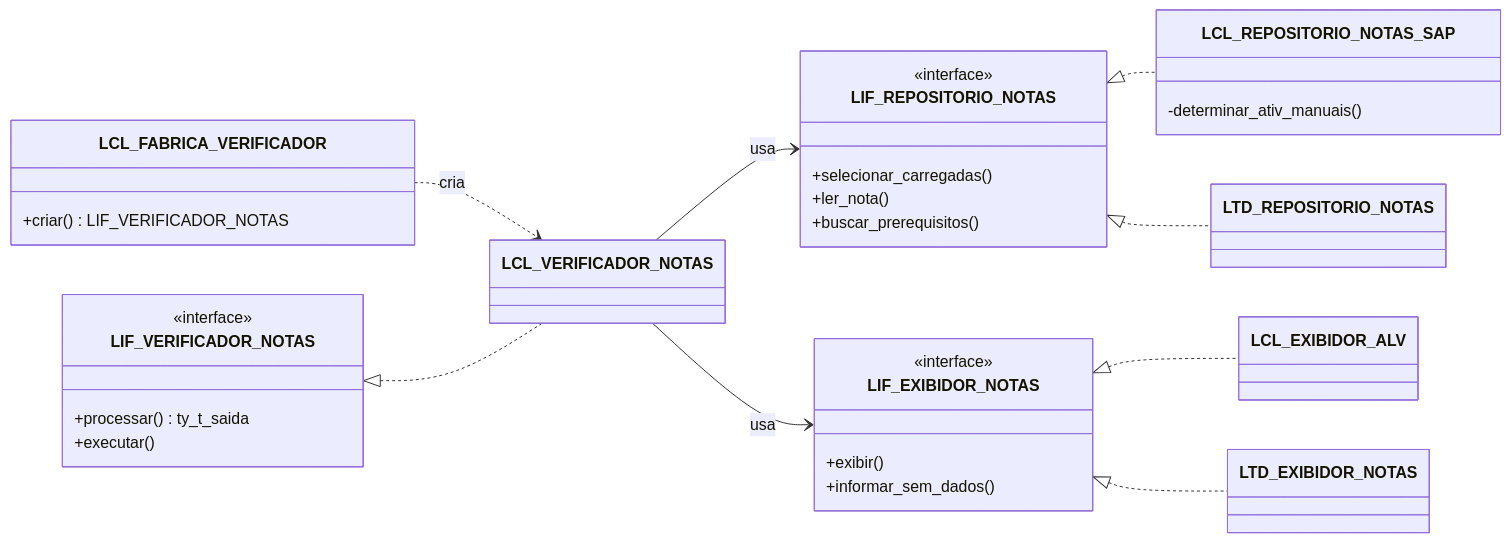
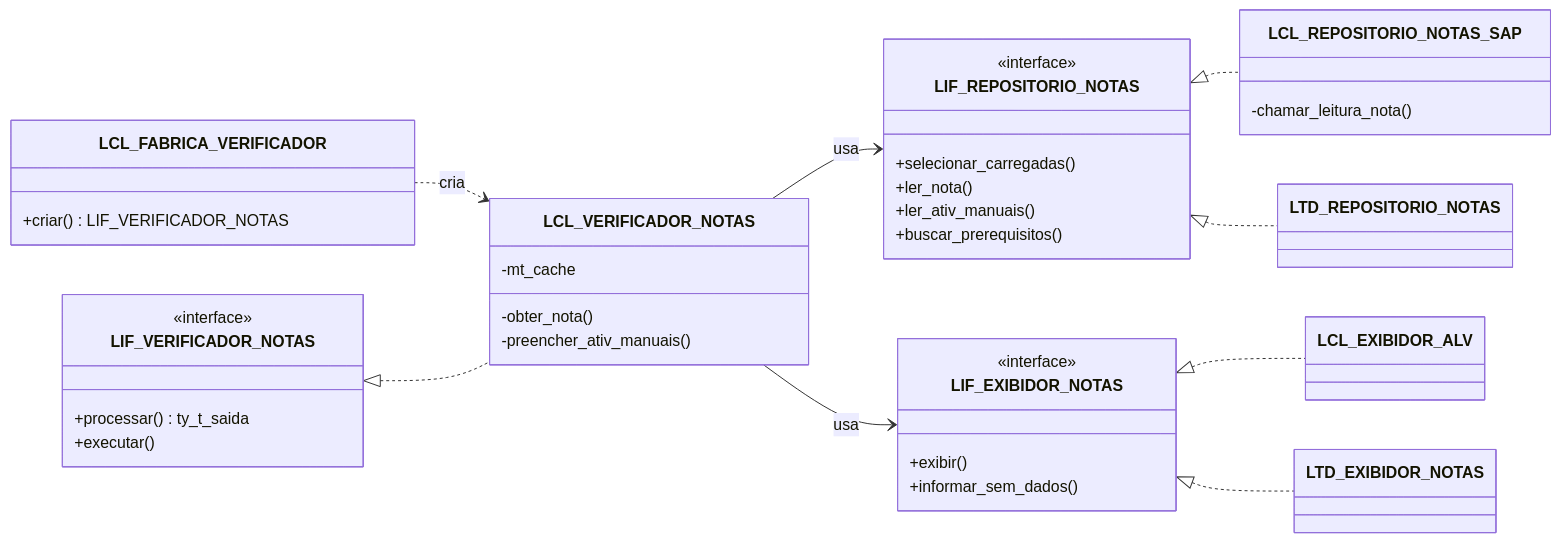
Before and after one commit to JoaoFerrareis02/Projeto-Verificador-Notas-SAP: the first of 4 diagrams in README.md, drawn with Mermaid. The commit also changed other lines of this file, not shown here.

````diff
--- a/README.md
+++ b/README.md
@@ -63,34 +66,40 @@
 ```mermaid
 classDiagram
     direction LR
     class LCL_FABRICA_VERIFICADOR {
         +criar() LIF_VERIFICADOR_NOTAS
     }
     class LIF_VERIFICADOR_NOTAS {
         <<interface>>
         +processar() ty_t_saida
         +executar()
     }
+    class LCL_VERIFICADOR_NOTAS {
+        -mt_cache
+        -obter_nota()
+        -preencher_ativ_manuais()
+    }
     class LIF_REPOSITORIO_NOTAS {
         <<interface>>
         +selecionar_carregadas()
         +ler_nota()
+        +ler_ativ_manuais()
         +buscar_prerequisitos()
     }
     class LIF_EXIBIDOR_NOTAS {
         <<interface>>
         +exibir()
         +informar_sem_dados()
     }
     class LCL_REPOSITORIO_NOTAS_SAP {
-        -determinar_ativ_manuais()
+        -chamar_leitura_nota()
     }
     LCL_FABRICA_VERIFICADOR ..> LCL_VERIFICADOR_NOTAS : cria
     LIF_VERIFICADOR_NOTAS <|.. LCL_VERIFICADOR_NOTAS
     LCL_VERIFICADOR_NOTAS --> LIF_REPOSITORIO_NOTAS : usa
     LCL_VERIFICADOR_NOTAS --> LIF_EXIBIDOR_NOTAS : usa
     LIF_REPOSITORIO_NOTAS <|.. LCL_REPOSITORIO_NOTAS_SAP
     LIF_REPOSITORIO_NOTAS <|.. LTD_REPOSITORIO_NOTAS
     LIF_EXIBIDOR_NOTAS <|.. LCL_EXIBIDOR_ALV
     LIF_EXIBIDOR_NOTAS <|.. LTD_EXIBIDOR_NOTAS
 ```
````
